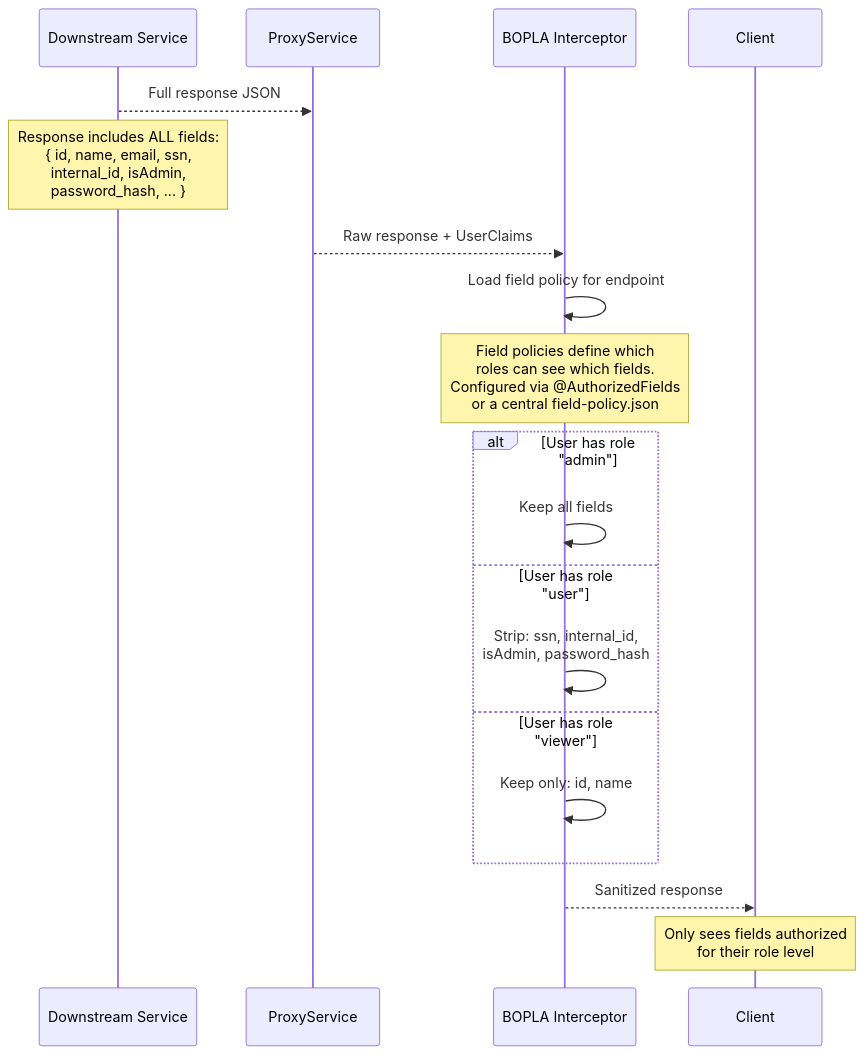
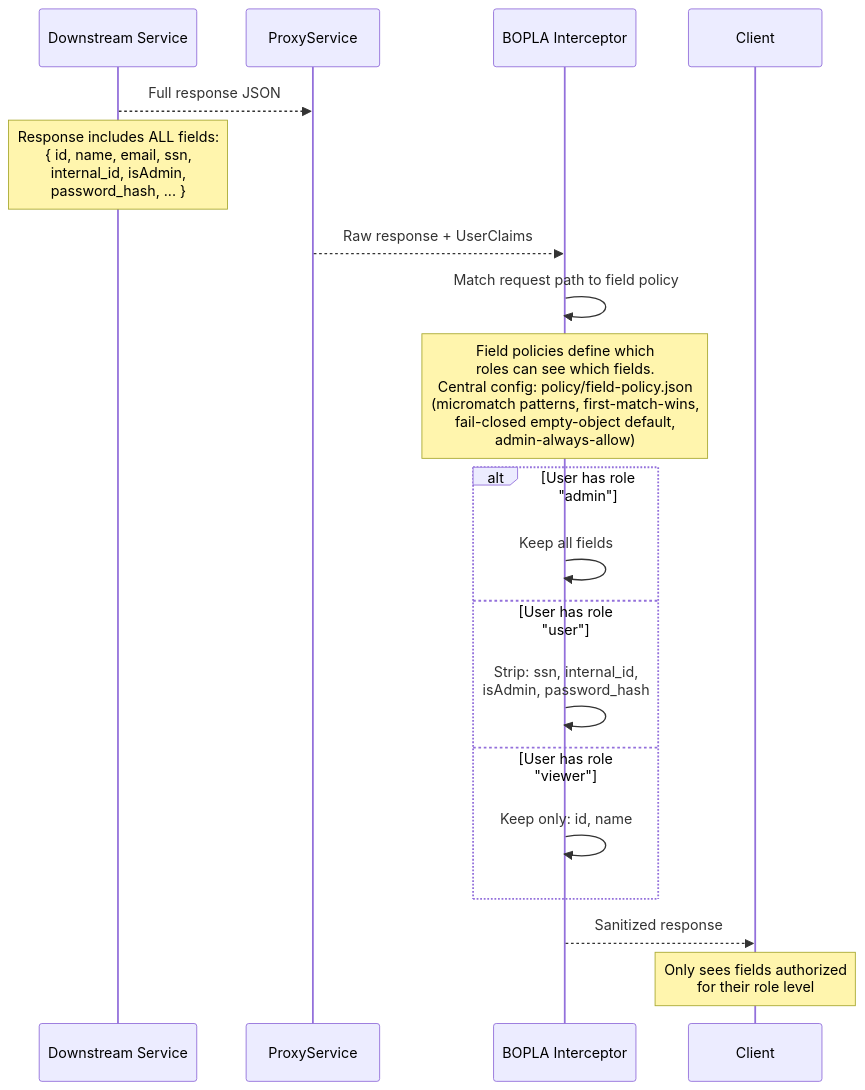
Before and after one commit to spasoye-json/zt-access-gateway: the sixth of 12 diagrams in docs/HARDENING_ARCHITECTURE.md, drawn with Mermaid. The commit also changed other lines of this file and 4 other files, not shown here.

First line of the commit message:
docs: thesis pipeline walkthrough + sync architecture docs to current implementation (#49)

````diff
--- a/docs/HARDENING_ARCHITECTURE.md
+++ b/docs/HARDENING_ARCHITECTURE.md
@@ -302,26 +302,26 @@
 ```mermaid
 sequenceDiagram
   participant Downstream as Downstream Service
   participant Proxy as ProxyService
   participant BOPLA as BOPLA Interceptor
   participant Client
 
   Downstream-->>Proxy: Full response JSON
   Note over Downstream: Response includes ALL fields:<br/>{ id, name, email, ssn,<br/> internal_id, isAdmin,<br/> password_hash, ... }
 
   Proxy-->>BOPLA: Raw response + UserClaims
 
-  BOPLA->>BOPLA: Load field policy for endpoint
-  Note over BOPLA: Field policies define which<br/>roles can see which fields.<br/>Configured via @AuthorizedFields<br/>or a central field-policy.json
+  BOPLA->>BOPLA: Match request path to field policy
+  Note over BOPLA: Field policies define which<br/>roles can see which fields.<br/>Central config: policy/field-policy.json<br/>(micromatch patterns, first-match-wins,<br/>fail-closed empty-object default,<br/>admin-always-allow)
 
   alt User has role "admin"
     BOPLA->>BOPLA: Keep all fields
   else User has role "user"
     BOPLA->>BOPLA: Strip: ssn, internal_id,<br/>isAdmin, password_hash
   else User has role "viewer"
     BOPLA->>BOPLA: Keep only: id, name
   end
 
   BOPLA-->>Client: Sanitized response
   Note over Client: Only sees fields authorized<br/>for their role level
 ```
````
